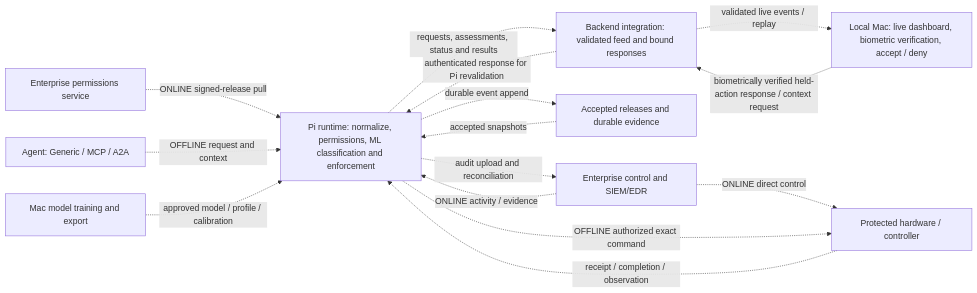
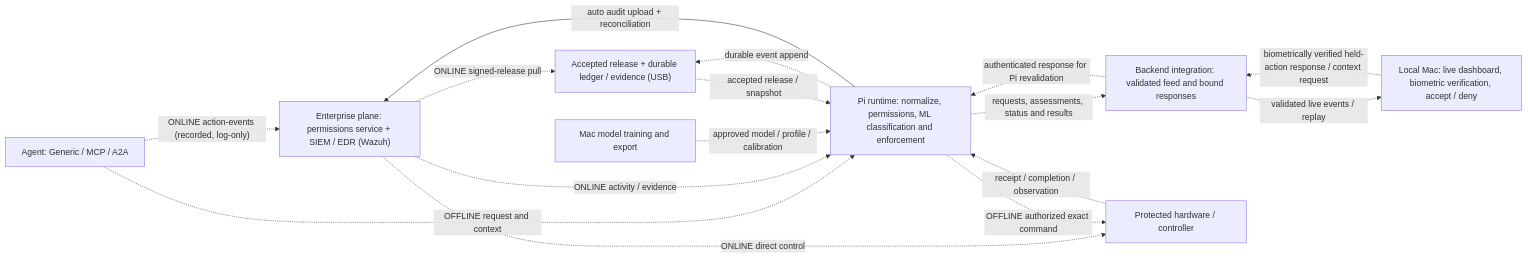
One commit to theoberk25/Alice changed the first of 2 diagrams in architecture.md. Above: the diagram before and after it, drawn with Mermaid. The commit also changed other lines of this file and 33 other files, not shown here.

First line of the commit message:
Add Light-Control and Decision-Brief MCP servers, cloud agent, and build docs

````diff
--- a/architecture.md
+++ b/architecture.md
@@ -48,26 +53,26 @@
 ```mermaid
 flowchart LR
-    Permission["Enterprise permissions service"]
-    Enterprise["Enterprise control and SIEM/EDR"]
+    Enterprise["Enterprise plane: permissions service + SIEM / EDR (Wazuh)"]
     Agent["Agent: Generic / MCP / A2A"]
     Pi["Pi runtime: normalize, permissions, ML classification and enforcement"]
-    Storage["Accepted releases and durable evidence"]
+    Storage["Accepted release + durable ledger / evidence (USB)"]
     Backend["Backend integration: validated feed and bound responses"]
     Dashboard["Local Mac: live dashboard, biometric verification, accept / deny"]
     Device["Protected hardware / controller"]
     Lab["Mac model training and export"]
-    Permission -. "ONLINE signed-release pull" .-> Pi
+    Agent -. "ONLINE action-events (recorded, log-only)" .-> Enterprise
+    Agent -. "OFFLINE request and context" .-> Pi
+    Enterprise -. "ONLINE signed-release pull" .-> Storage
     Enterprise -. "ONLINE activity / evidence" .-> Pi
     Enterprise -. "ONLINE direct control" .-> Device
-    Agent -. "OFFLINE request and context" .-> Pi
     Lab -. "approved model / profile / calibration" .-> Pi
-    Storage -. "accepted snapshots" .-> Pi
+    Storage -. "accepted release / snapshot" .-> Pi
     Pi -. "durable event append" .-> Storage
+    Pi -- "auto audit upload + reconciliation" --> Enterprise
     Pi -. "requests, assessments, status and results" .-> Backend
     Backend -. "validated live events / replay" .-> Dashboard
     Dashboard -. "biometrically verified held-action response / context request" .-> Backend
     Backend -. "authenticated response for Pi revalidation" .-> Pi
     Pi -. "OFFLINE authorized exact command" .-> Device
     Device -. "receipt / completion / observation" .-> Pi
-    Pi -. "audit upload and reconciliation" .-> Enterprise
 ```
````
